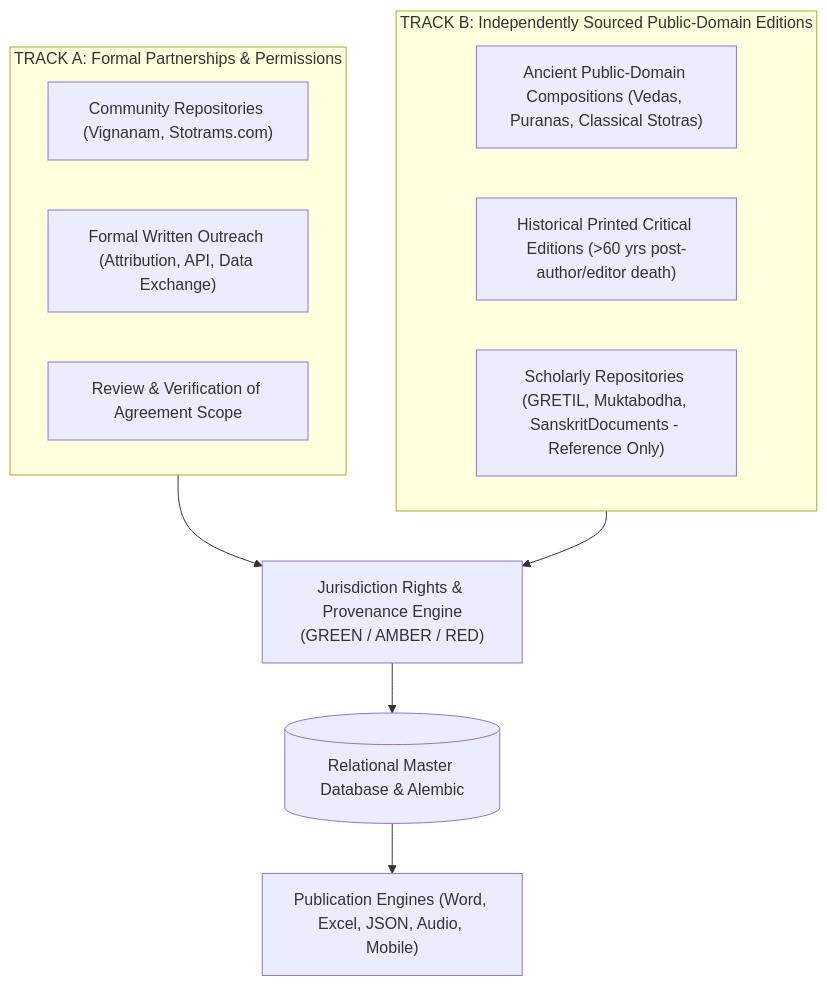
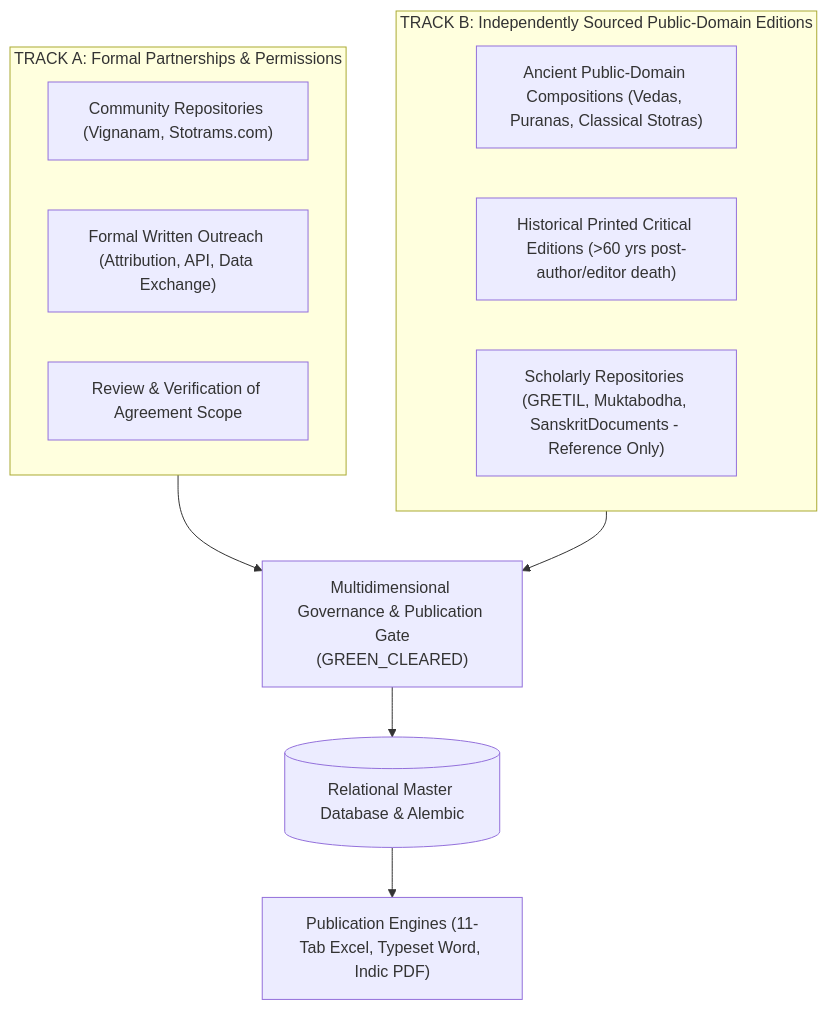
Before and after one commit to thegr8gv1/vedam: the first of 2 diagrams in documentation/project_roadmap/MASTER_PLAN.md, drawn with Mermaid. The commit also changed other lines of this file and 23 other files, not shown here.

Commit message:
Complete Phase 4: Full-text pilot ingestion, 11-sheet Excel, Word manuscripts, Nirmala UI Indic PDF publishing, and 15-rule publication quality gate

````diff
--- a/documentation/project_roadmap/MASTER_PLAN.md
+++ b/documentation/project_roadmap/MASTER_PLAN.md
@@ -37,17 +37,17 @@
 ```mermaid
 flowchart TD
     subgraph TrackA ["TRACK A: Formal Partnerships & Permissions"]
         A1["Community Repositories (Vignanam, Stotrams.com)"]
         A2["Formal Written Outreach (Attribution, API, Data Exchange)"]
         A3["Review & Verification of Agreement Scope"]
     end
     subgraph TrackB ["TRACK B: Independently Sourced Public-Domain Editions"]
         B1["Ancient Public-Domain Compositions (Vedas, Puranas, Classical Stotras)"]
         B2["Historical Printed Critical Editions (>60 yrs post-author/editor death)"]
         B3["Scholarly Repositories (GRETIL, Muktabodha, SanskritDocuments - Reference Only)"]
     end
-    TrackA --> RightsEngine["Jurisdiction Rights & Provenance Engine<br>(GREEN / AMBER / RED)"]
+    TrackA --> RightsEngine["Multidimensional Governance & Publication Gate<br>(GREEN_CLEARED)"]
     TrackB --> RightsEngine
     RightsEngine --> DB[(Relational Master Database & Alembic)]
-    DB --> Exporters["Publication Engines (Word, Excel, JSON, Audio, Mobile)"]
+    DB --> Exporters["Publication Engines (11-Tab Excel, Typeset Word, Indic PDF)"]
 ```
````
